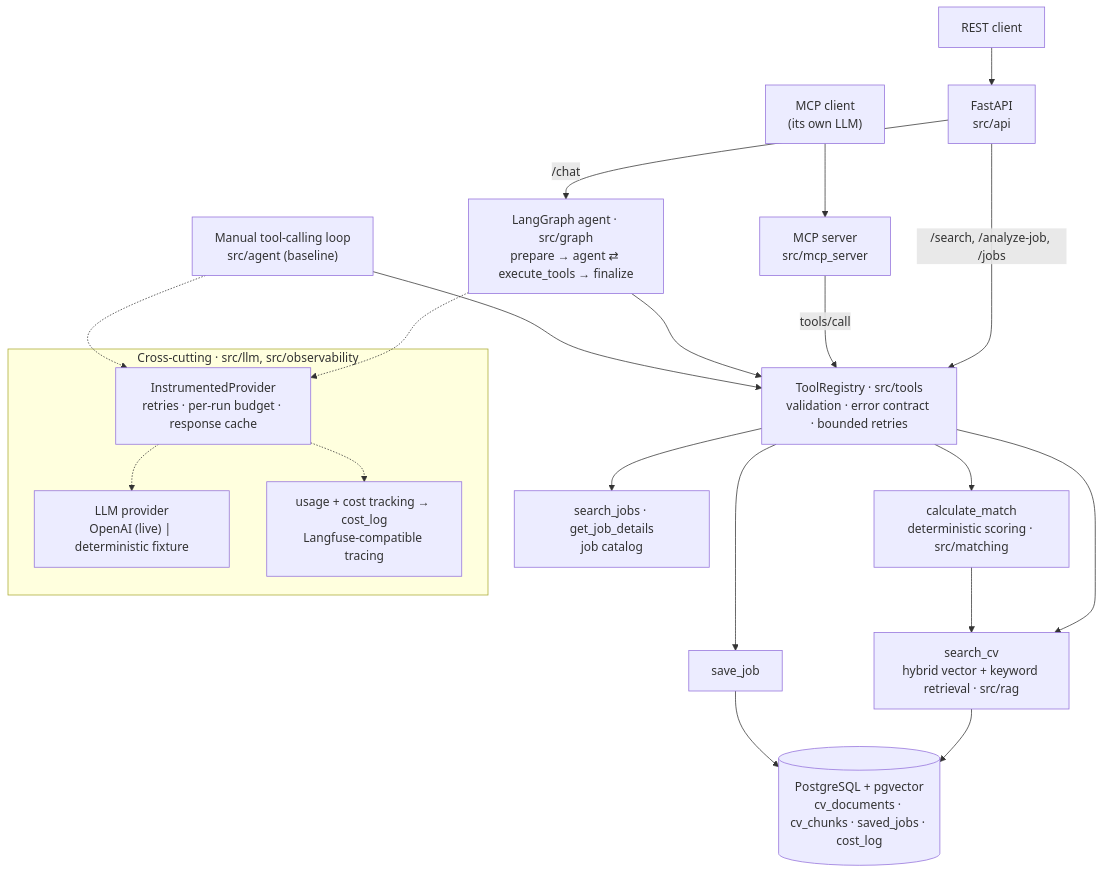
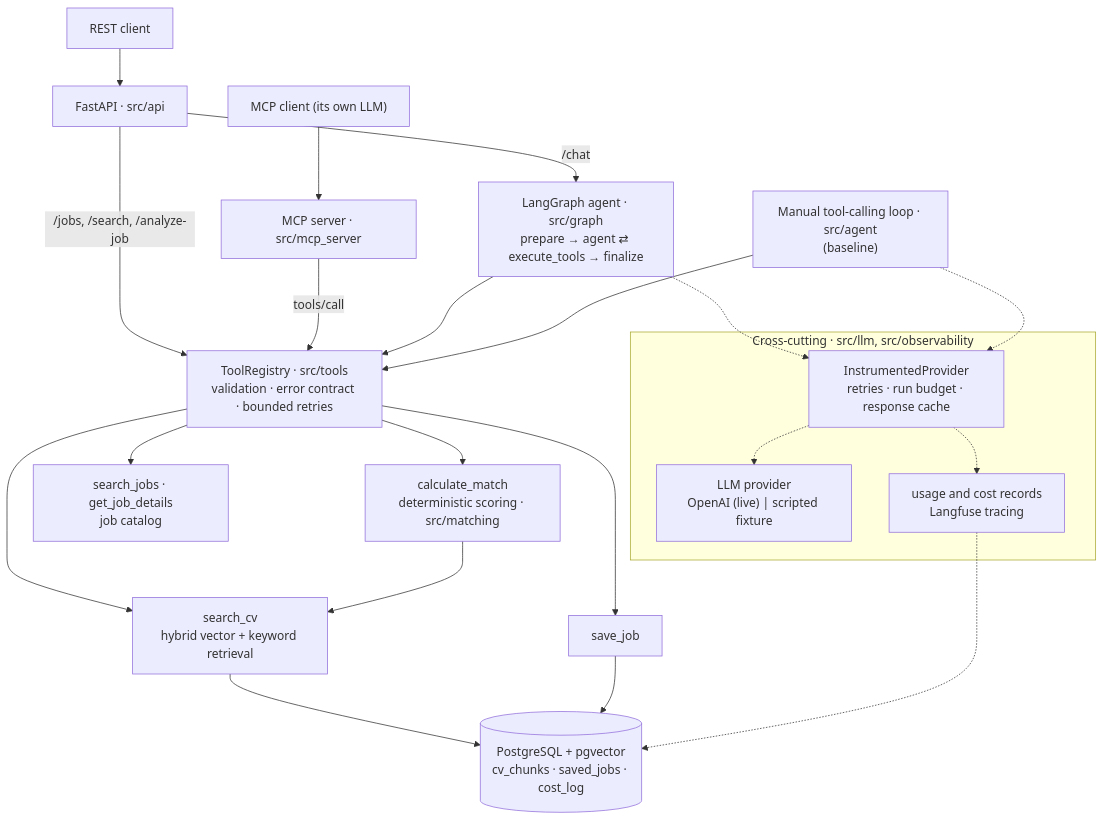
One commit to pashaeimehran/agentic-ai-job-matcher changed the diagram in README.md. Above: the diagram before and after it, drawn with Mermaid. The commit also changed other lines of this file and 22 other files, not shown here.

````diff
--- a/README.md
+++ b/README.md
@@ -23,27 +38,29 @@
 ```mermaid
 flowchart TD
-    REST["REST client"] --> API["FastAPI<br/>src/api"]
-    MCPC["MCP client<br/>(its own LLM)"] --> MCP["MCP server<br/>src/mcp_server"]
+    CLIENT["REST client"] --> API["FastAPI · src/api"]
+    MCPC["MCP client (its own LLM)"] --> MCP["MCP server · src/mcp_server"]
     API -- "/chat" --> GRAPH["LangGraph agent · src/graph<br/>prepare → agent ⇄ execute_tools → finalize"]
-    API -- "/search, /analyze-job, /jobs" --> REG
+    LOOP["Manual tool-calling loop · src/agent<br/>(baseline)"]
+    API -- "/jobs, /search, /analyze-job" --> REG
     MCP -- "tools/call" --> REG
     GRAPH --> REG["ToolRegistry · src/tools<br/>validation · error contract · bounded retries"]
-    LOOP["Manual tool-calling loop<br/>src/agent (baseline)"] --> REG
+    LOOP --> REG
     REG --> JOBS["search_jobs · get_job_details<br/>job catalog"]
-    REG --> CV["search_cv<br/>hybrid vector + keyword retrieval · src/rag"]
+    REG --> CV["search_cv<br/>hybrid vector + keyword retrieval"]
     REG --> MATCH["calculate_match<br/>deterministic scoring · src/matching"]
     REG --> SAVE["save_job"]
-    CV --> PG[("PostgreSQL + pgvector<br/>cv_documents · cv_chunks · saved_jobs · cost_log")]
     MATCH --> CV
+    CV --> PG[("PostgreSQL + pgvector<br/>cv_chunks · saved_jobs · cost_log")]
     SAVE --> PG
 
     subgraph XC["Cross-cutting · src/llm, src/observability"]
-        PROV["LLM provider<br/>OpenAI (live) | deterministic fixture"]
-        INST["InstrumentedProvider<br/>retries · per-run budget · response cache"]
-        OBS["usage + cost tracking → cost_log<br/>Langfuse-compatible tracing"]
+        INST["InstrumentedProvider<br/>retries · run budget · response cache"]
+        PROV["LLM provider<br/>OpenAI (live) | scripted fixture"]
+        OBS["usage and cost records<br/>Langfuse tracing"]
     end
     GRAPH -.-> INST
     LOOP -.-> INST
     INST -.-> PROV
     INST -.-> OBS
+    OBS -.-> PG
 ```
````
